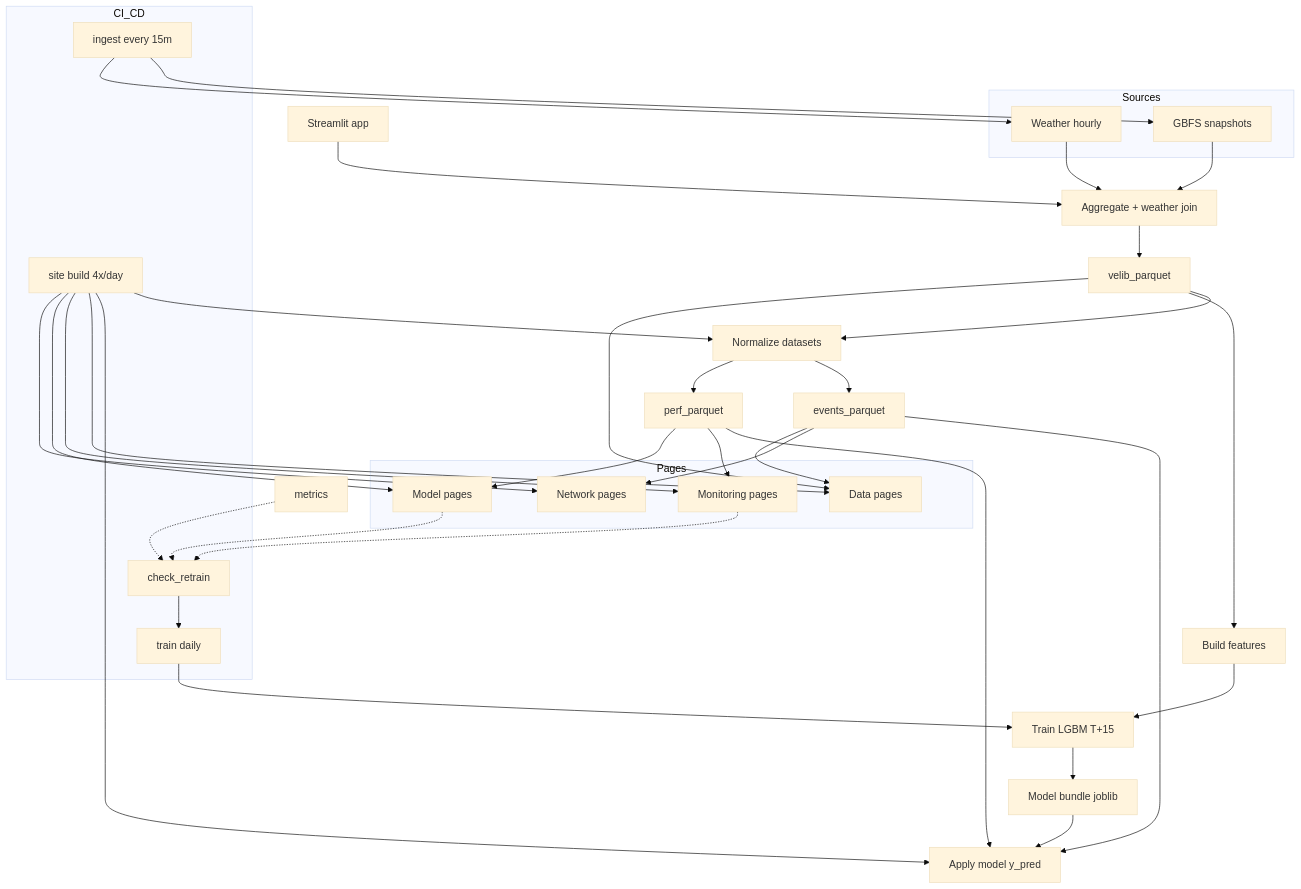
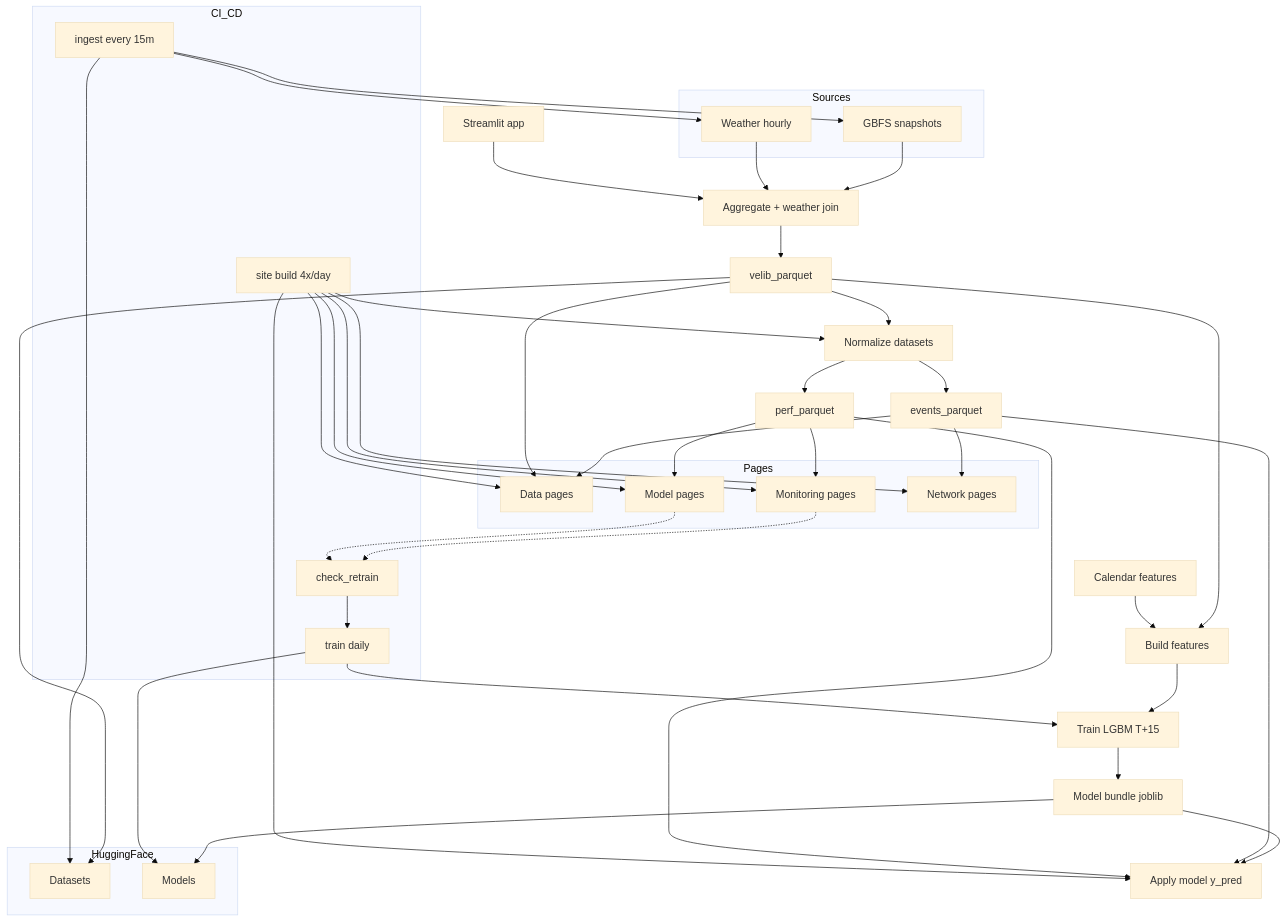
Before and after one commit to Adrien-1997/bike-forecast-paris-velib: the first of 2 diagrams in README.md, drawn with Mermaid (base theme). The commit also changed other lines of this file, not shown here.

````diff
--- a/README.md
+++ b/README.md
@@ -58,66 +82,78 @@
 ```mermaid
 flowchart TD
 
   %% SOURCES & AGRÉGAT
   subgraph Sources
     GBFS[GBFS snapshots];
     WX[Weather hourly];
   end
 
   GBFS --> AGG[Aggregate + weather join];
   WX   --> AGG;
   AGG  --> VELIB[velib_parquet];
 
   %% NORMALISATION
   VELIB --> NORM[Normalize datasets];
   NORM  --> EV[events_parquet];
   NORM  --> PF[perf_parquet];
 
-  %% PIPELINE MODÈLE
+  %% PIPELINE MODELE
+  CAL[Calendar features];
   VELIB --> FEAT[Build features];
+  CAL   --> FEAT;
   FEAT  --> TRAIN[Train LGBM T+15];
   TRAIN --> MODEL[Model bundle joblib];
 
-  %% APPLICATION MODÈLE
+  %% APPLICATION MODELE
   MODEL --> APPLY[Apply model y_pred];
   EV    --> APPLY;
   PF    --> APPLY;
 
-  %% PAGES / RAPPORTS (simplifiées)
+  %% PAGES / RAPPORTS (simplifiés)
   subgraph Pages
     P1[Data pages];
     P2[Monitoring pages];
     P3[Model pages];
     P4[Network pages];
   end
 
-  EV --> P4;
-  EV --> P1;
-  PF --> P2;
-  PF --> P3;
+  EV    --> P4;
+  EV    --> P1;
+  PF    --> P2;
+  PF    --> P3;
   VELIB --> P1;
+
+  %% HUGGING FACE HUB
+  subgraph HuggingFace
+    HFDS[Datasets];
+    HFM[Models];
+  end
+
+  VELIB --> HFDS;
+  MODEL --> HFM;
 
   %% ORCHESTRATIONS CI/CD
   subgraph CI_CD
     CI1[ingest every 15m];
     CI3[site build 4x/day];
     CI2[train daily];
     CHECK[check_retrain];
   end
 
   CI1 --> GBFS;
   CI1 --> WX;
+  CI1 --> HFDS;
 
   CI3 --> NORM;
   CI3 --> APPLY;
   CI3 --> P1; CI3 --> P2; CI3 --> P3; CI3 --> P4;
 
-  M1[metrics] -.-> CHECK;
   P2 -.-> CHECK;
   P3 -.-> CHECK;
   CHECK --> CI2;
   CI2 --> TRAIN;
+  CI2 --> HFM;
 
   %% APP
   APP[Streamlit app] --> AGG;
 ```
````
